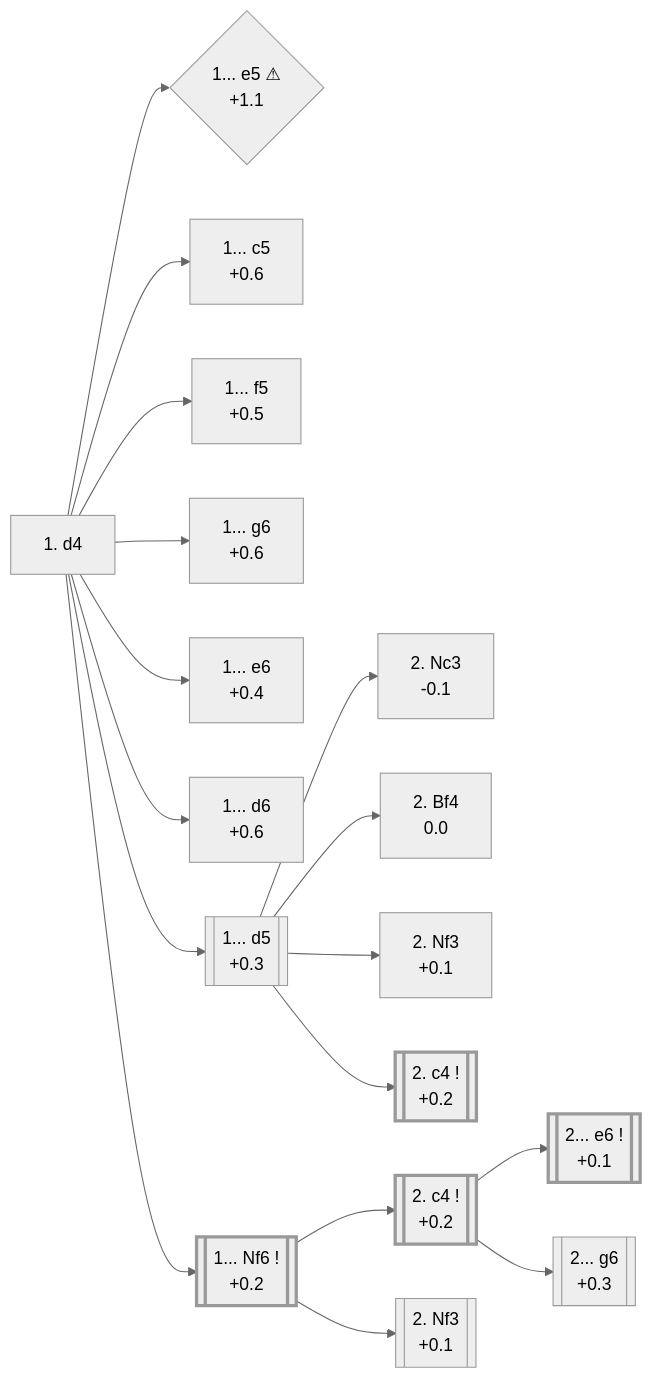
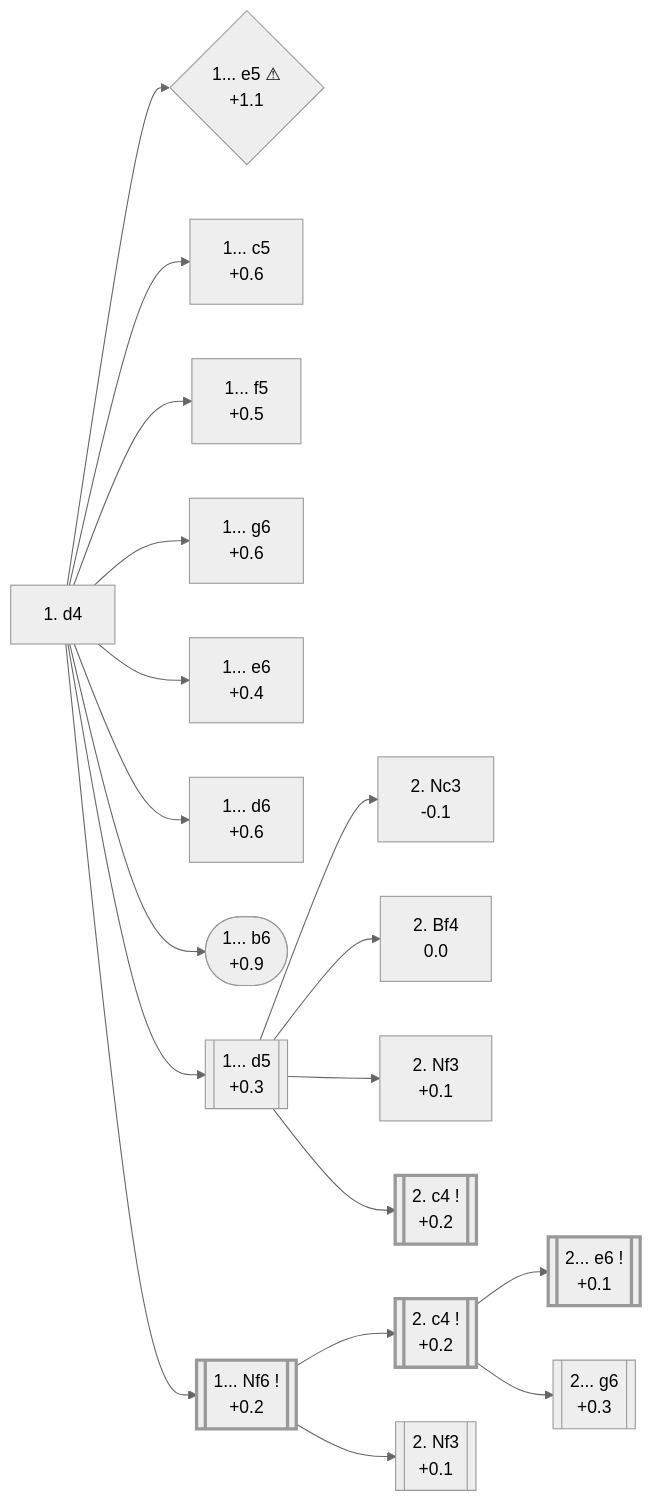
The diagram in d4_openings/A40_QPG.md (onclemarcel/chess_flashcards), drawn with Mermaid (neutral theme) before and after one commit. The commit also changed other lines of this file and 39 other files, not shown here.

````diff
--- a/d4_openings/A40_QPG.md
+++ b/d4_openings/A40_QPG.md
@@ -12,43 +12,45 @@
 ```mermaid
 flowchart LR
     classDef main stroke-width:3px;
 
     d4["1. d4"]
     click d4 "#_d4_" "A40 · Queen's Pawn Game"
 
     d4 --> e5a{"1... e5 ⚠<br/>+1.1"}
     click e5a "#_e5_" "A40 · Englund Gambit"
     d4 --> c5a["1... c5<br/>+0.6"]
     click c5a "#_c5_" "A43 · Benoni Defense: Old Benoni"
     d4 --> f5a["1... f5<br/>+0.5"]
     click f5a "https://github.com/onclemarcel/chess_flashcards/blob/main/d4_openings/A81_Dutch.md" "A81 · Dutch Defense: Semi-Leningrad Variation"
     d4 --> g6a["1... g6<br/>+0.6"]
     click g6a "#_g6_" "A40 · Queen's Pawn Game: Modern Defense"
     d4 --> e6a["1... e6<br/>+0.4"]
     click e6a "#_e6_" "A40 · Queen's Pawn Game"
     d4 --> d6a["1... d6<br/>+0.6"]
     click d6a "https://github.com/onclemarcel/chess_flashcards/blob/main/d4_openings/A41_Queens_Pawn_Game.md" "A41 · Queen's Pawn Game"
+    d4 --> b6a(["1... b6<br/>+0.9"])
+    click b6a "#_b6_" "A40 · English Defense"
     d4 --> d5a[["1... d5<br/>+0.3"]]
     click d5a "#_d5_" "D00 · Queen's Pawn Game"
 
     d5a --> Nc3d["2. Nc3<br/>-0.1"]
     click Nc3d "https://github.com/onclemarcel/chess_flashcards/blob/main/d4_openings/D01_Richter_Veresov_Attack.md" "D01 · Richter-Veresov Attack"
     d5a --> Bf4d["2. Bf4<br/>0.0"]
     click Bf4d "#_d5_" "D00 · Queen's Pawn Game: Accelerated London System"
     d5a --> Nf3d["2. Nf3<br/>+0.1"]
     click Nf3d "https://github.com/onclemarcel/chess_flashcards/blob/main/d4_openings/D02_Zukertort_Variation.md" "D02 · Queen's Pawn Game: Zukertort Variation"
     d5a --> c4d[["2. c4 !<br/>+0.2"]]:::main
     click c4d "https://github.com/onclemarcel/chess_flashcards/blob/main/d4_openings/D06_Queens_Gambit.md" "D06 · Queen's Gambit"
     d4 --> Nf6[["1... Nf6 !<br/>+0.2"]]:::main
     click Nf6 "#_Nf6_" "A45 · Indian Defense"
 
     Nf6 --> c4b[["2. c4 !<br/>+0.2"]]:::main
     click c4b "#_Nf6_c4_" "A50 · Indian Defense: Normal Variation"
     Nf6 --> Nf3b[["2. Nf3<br/>+0.1"]]
     click Nf3b "#_Nf6_Nf3_" "A46 · Indian Defense: Knights Variation"
 
     c4b --> e6c[["2... e6 !<br/>+0.1"]]:::main
     click e6c "https://github.com/onclemarcel/chess_flashcards/blob/main/d4_openings/E20_Nimzo_QI_Fork.md" "E20 · Nimzo-Indian Defense"
     c4b --> g6c[["2... g6<br/>+0.3"]]
     click g6c "https://github.com/onclemarcel/chess_flashcards/blob/main/d4_openings/E61_KID_Grunfeld_Fork.md" "E61 · King's Indian Defense"
 ```
````
